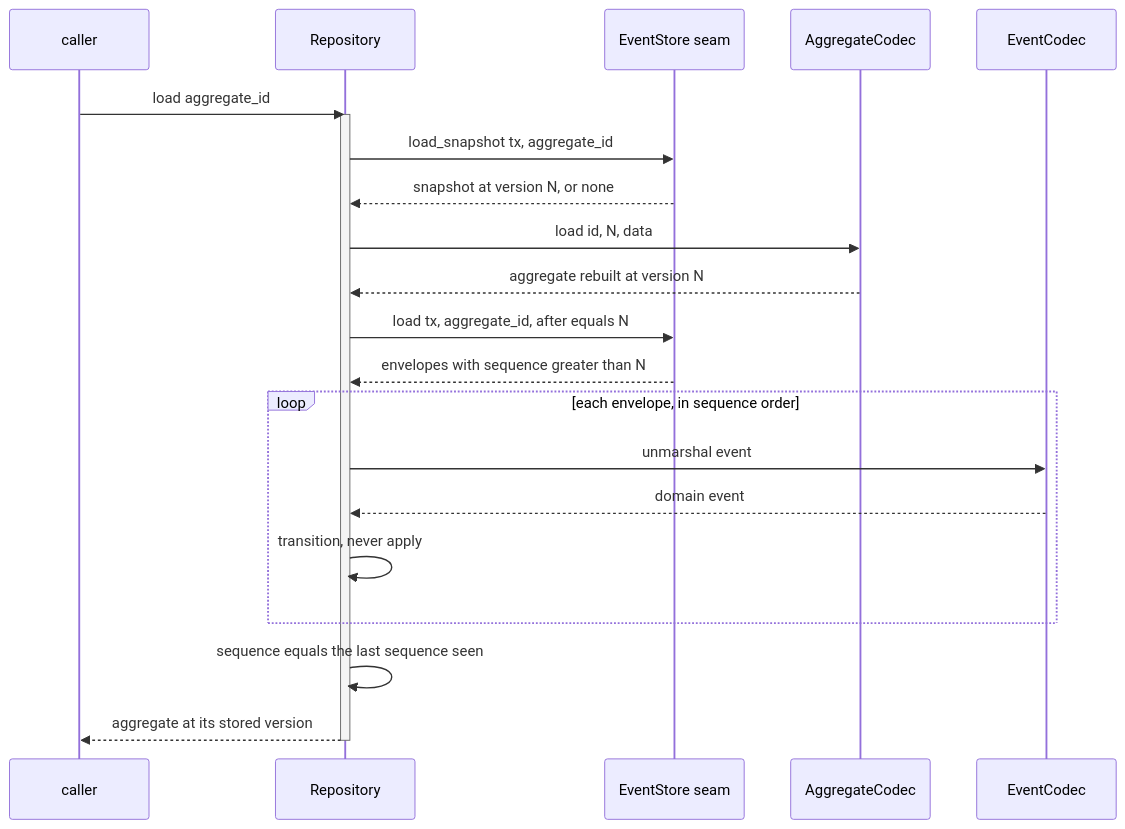
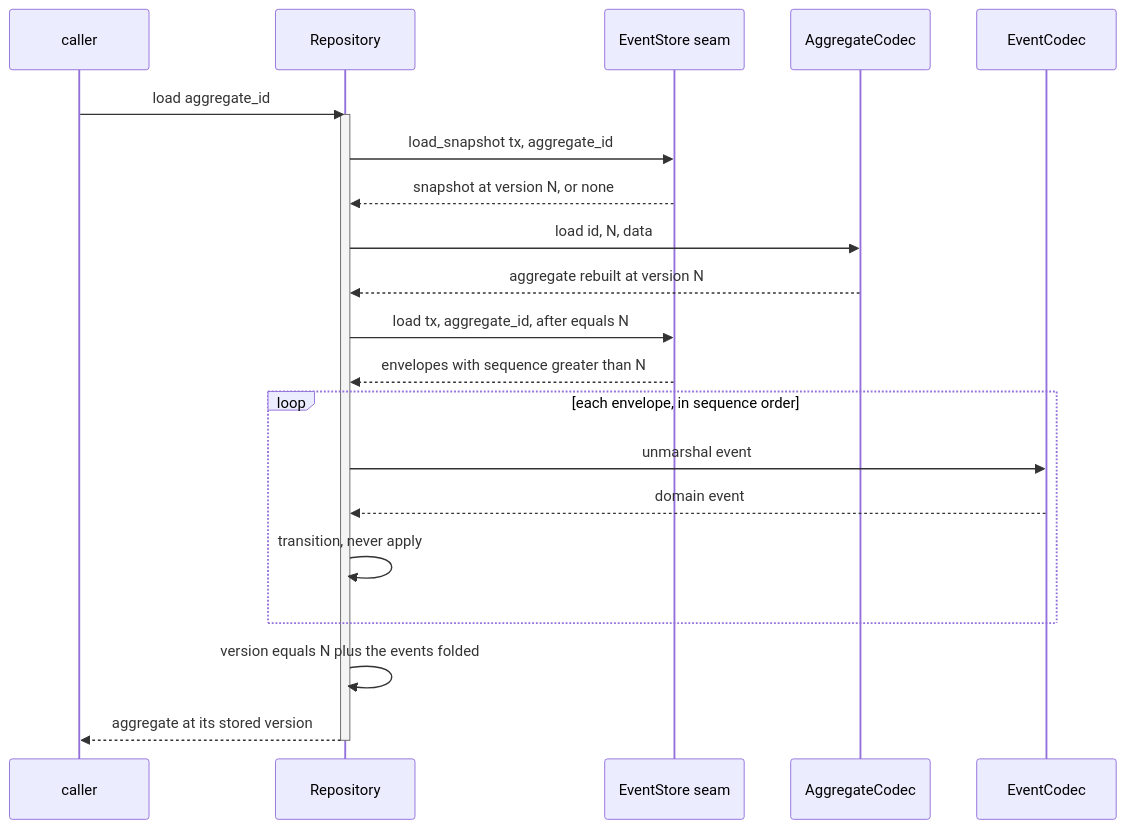
Before and after one commit to haskian/edax: the second of 4 diagrams in docs/sdk/aggregates.md, drawn with Mermaid. The commit also changed other lines of this file and 263 other files, not shown here.

````diff
--- a/docs/sdk/aggregates.md
+++ b/docs/sdk/aggregates.md
@@ -112,25 +122,25 @@
 ```mermaid
 sequenceDiagram
     participant C as caller
     participant R as Repository
     participant S as EventStore seam
     participant AC as AggregateCodec
     participant EC as EventCodec
 
     C->>R: load aggregate_id
     activate R
     R->>S: load_snapshot tx, aggregate_id
     S-->>R: snapshot at version N, or none
     R->>AC: load id, N, data
     AC-->>R: aggregate rebuilt at version N
     R->>S: load tx, aggregate_id, after equals N
     S-->>R: envelopes with sequence greater than N
     loop each envelope, in sequence order
         R->>EC: unmarshal event
         EC-->>R: domain event
         R->>R: transition, never apply
     end
-    R->>R: sequence equals the last sequence seen
+    R->>R: version equals N plus the events folded
     R-->>C: aggregate at its stored version
     deactivate R
 ```
````
